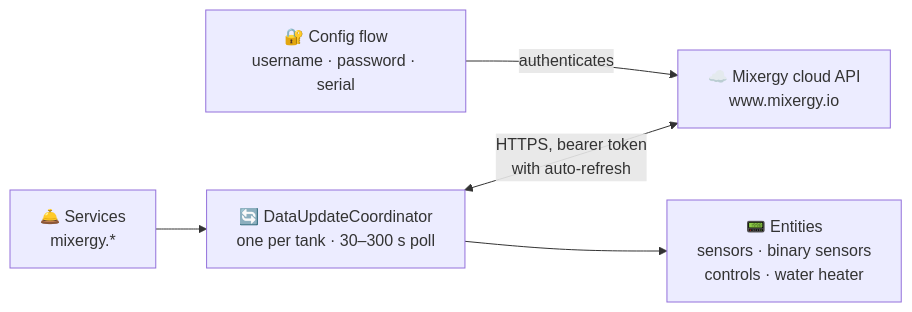
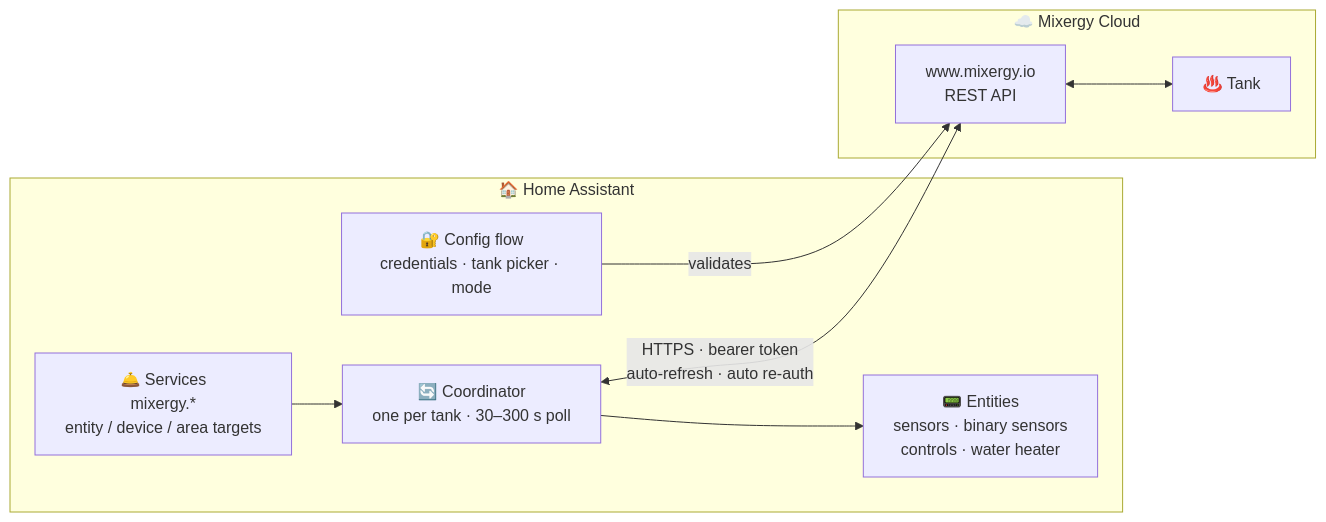
The diagram in README.md (CaputoDavide93/Mixergy-Home-Assistant), drawn with Mermaid before and after one commit. The commit also changed other lines of this file and 19 other files, not shown here.

````diff
--- a/README.md
+++ b/README.md
@@ -353,7 +381,18 @@
 ```mermaid
 flowchart LR
-    CF["🔐 Config flow<br/>username · password · serial"] -->|authenticates| API["☁️ Mixergy cloud API<br/>www.mixergy.io"]
-    CO["🔄 DataUpdateCoordinator<br/>one per tank · 30–300 s poll"] <-->|"HTTPS, bearer token<br/>with auto-refresh"| API
-    CO --> ENT["📟 Entities<br/>sensors · binary sensors<br/>controls · water heater"]
-    SVC["🛎️ Services<br/>mixergy.*"] --> CO
+    subgraph HA["🏠 Home Assistant"]
+        CF["🔐 Config flow<br/>credentials · tank picker · mode"]
+        CO["🔄 Coordinator<br/>one per tank · 30–300 s poll"]
+        ENT["📟 Entities<br/>sensors · binary sensors<br/>controls · water heater"]
+        SVC["🛎️ Services<br/>mixergy.*<br/>entity / device / area targets"]
+    end
+    subgraph CLOUD["☁️ Mixergy Cloud"]
+        API["www.mixergy.io<br/>REST API"]
+        TANK["♨️ Tank"]
+    end
+    CF -->|validates| API
+    CO <-->|"HTTPS · bearer token<br/>auto-refresh · auto re-auth"| API
+    API <--> TANK
+    CO --> ENT
+    SVC --> CO
 ```
````
